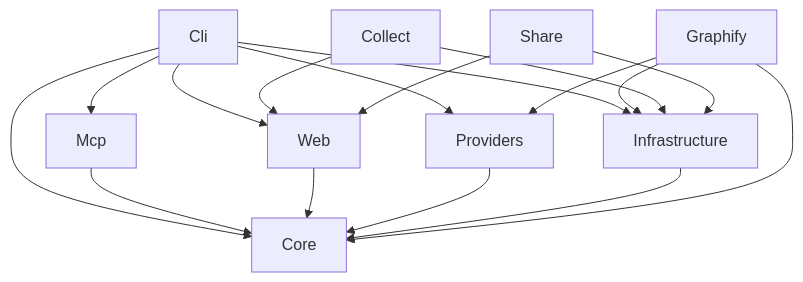
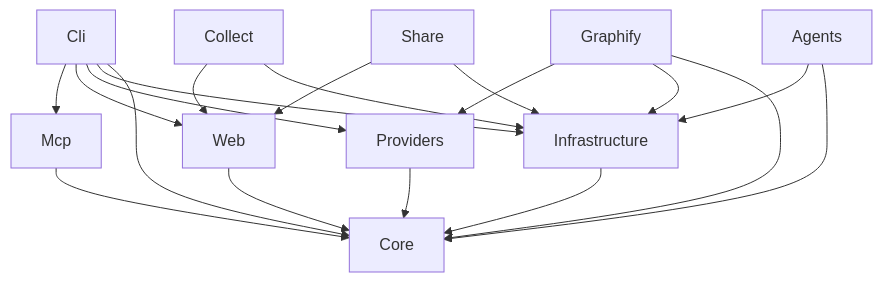
Before and after one commit to dmako/ai-harness: the diagram in doc/architecture/README.md, drawn with Mermaid. The commit also changed other lines of this file and 81 other files, not shown here.

````diff
--- a/doc/architecture/README.md
+++ b/doc/architecture/README.md
@@ -23,19 +24,21 @@
 ```mermaid
 flowchart TD
     Cli --> Mcp
     Cli --> Web
     Cli --> Providers
     Cli --> Infrastructure
     Cli --> Core
     Mcp --> Core
     Web --> Core
     Providers --> Core
     Infrastructure --> Core
     Graphify --> Providers
     Graphify --> Infrastructure
     Graphify --> Core
+    Agents --> Infrastructure
+    Agents --> Core
     Collect --> Web
     Collect --> Infrastructure
     Share --> Web
     Share --> Infrastructure
 ```
````
